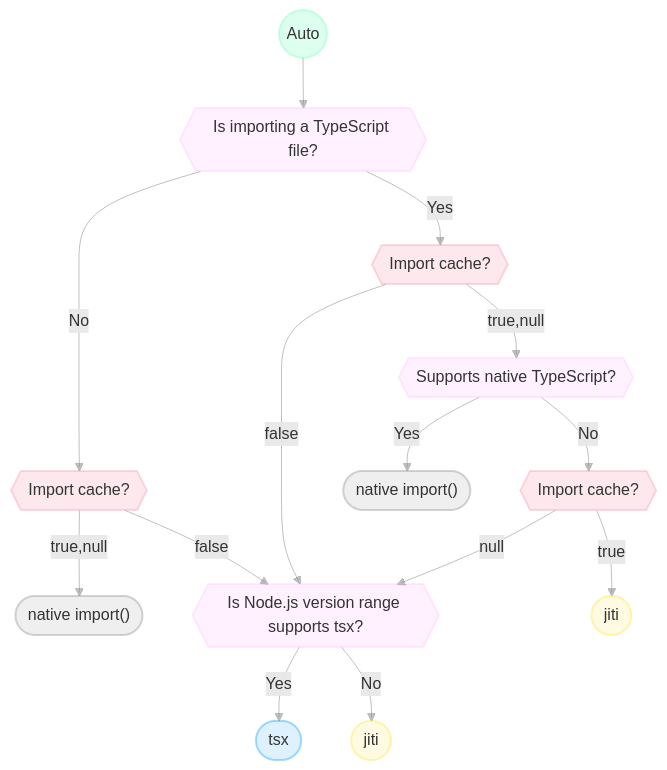
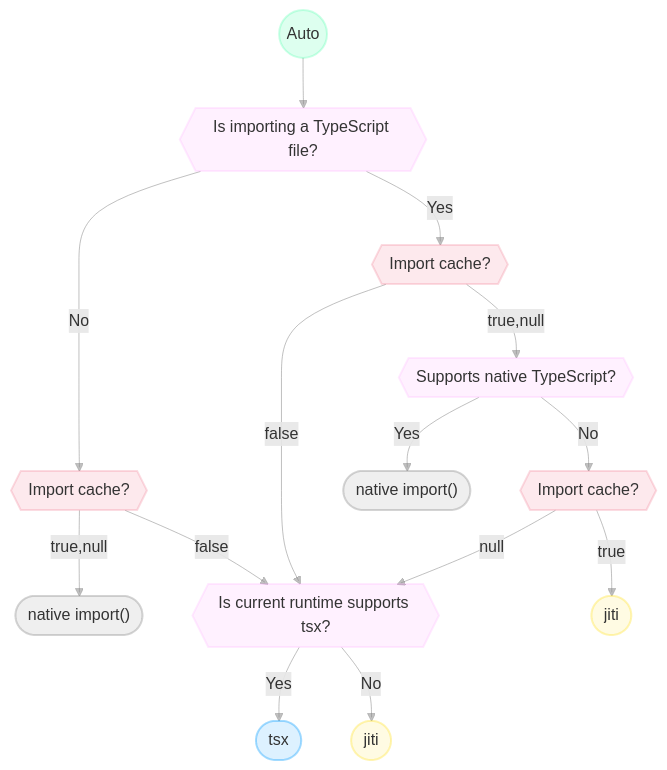
Before and after one commit to antfu-collective/importx: the diagram in README.md, drawn with Mermaid.

````diff
--- a/README.md
+++ b/README.md
@@ -45,31 +45,31 @@
 ```mermaid
 graph TD
   A((Auto)) --> IsTS{{"Is importing a TypeScript file?"}}
   IsTS --> |No| Cache{{"Import cache?"}}
   Cache --> |true,null| Native1(["native import()"])
   Cache --> |false| F
 
   Cache2 --> |false| F
   IsTS --> |Yes| Cache2{{"Import cache?"}}
   Cache2 --> |true,null| D{{"Supports native TypeScript?"}}
   D --> |No| Cache3{{"Import cache?"}}
   D --> |Yes| Native2(["native import()"])
   Cache3 --> |true| Jiti1([jiti])
-  Cache3 --> |null| F{{"Is Node.js version range supports tsx?"}}
+  Cache3 --> |null| F{{"Is current runtime supports tsx?"}}
   F --> |Yes| Tsx3([tsx])
   F --> |No| Jiti2([jiti])
 
   classDef auto fill:#0f82,stroke:#0f83,stroke-width:2px;
   classDef question fill:#f9f2,stroke:#f9f3,stroke-width:2px;
   classDef cache fill:#eb527120,stroke:#eb527133,stroke-width:2px;
   classDef native fill:#8882,stroke:#8883,stroke-width:2px;
   classDef tsx fill:#09f2,stroke:#09f3,stroke-width:2px;
   classDef jiti fill:#ffde2220,stroke:#ffde2230,stroke-width:2px;
   class A auto;
   class IsTS,D,F question;
   class Cache,Cache2,Cache3 cache;
   class Native1,Native2 native;
   class Tsx1,Tsx2,Tsx3 tsx;
   class Jiti1,Jiti2 jiti;
   linkStyle default stroke:#8888
 ```
````
